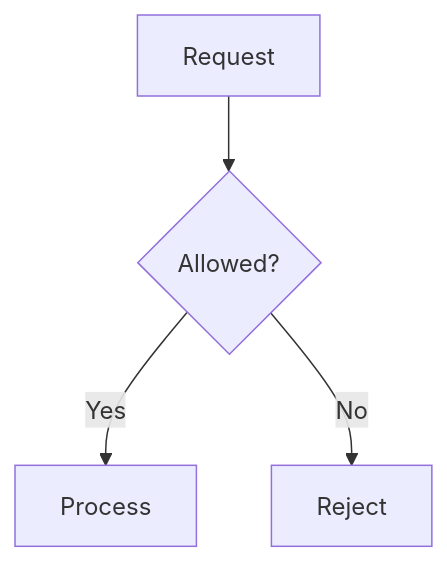
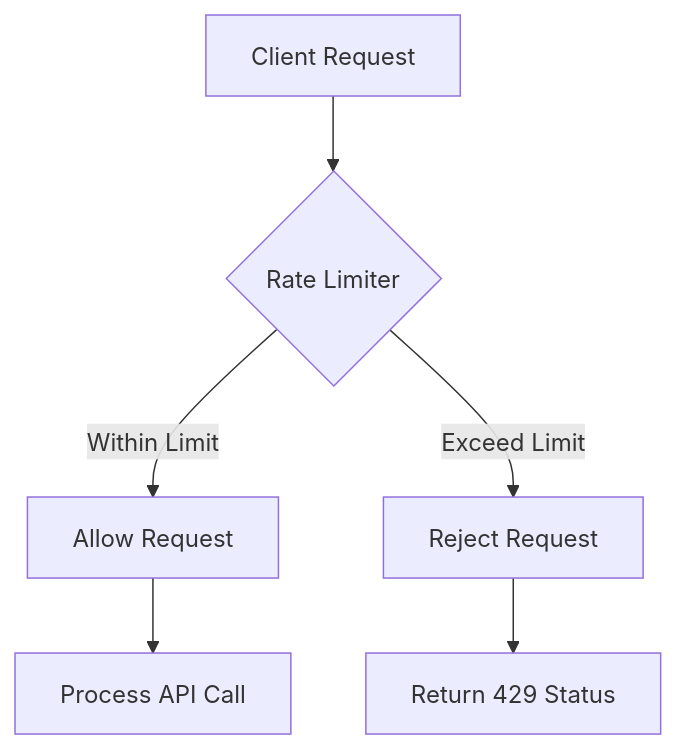
The diagram in api-rate-limiting/README.md (VrushankPatel/interview-matters), drawn with Mermaid before and after one commit. The commit also changed other lines of this file and 1 other file, not shown here.

Commit message:
kb: add/update topics Service Mesh Patterns, API Rate Limiting, Distributed Tracing

````diff
--- a/api-rate-limiting/README.md
+++ b/api-rate-limiting/README.md
@@ -17,6 +31,8 @@
 ```mermaid
-flowchart TD
-    A[Request] --> B{Allowed?}
-    B -->|Yes| C[Process]
-    B -->|No| D[Reject]
+graph TD
+    A[Client Request] --> B{Rate Limiter}
+    B -->|Within Limit| C[Allow Request]
+    B -->|Exceed Limit| D[Reject Request]
+    D --> E[Return 429 Status]
+    C --> F[Process API Call]
 ```
````
